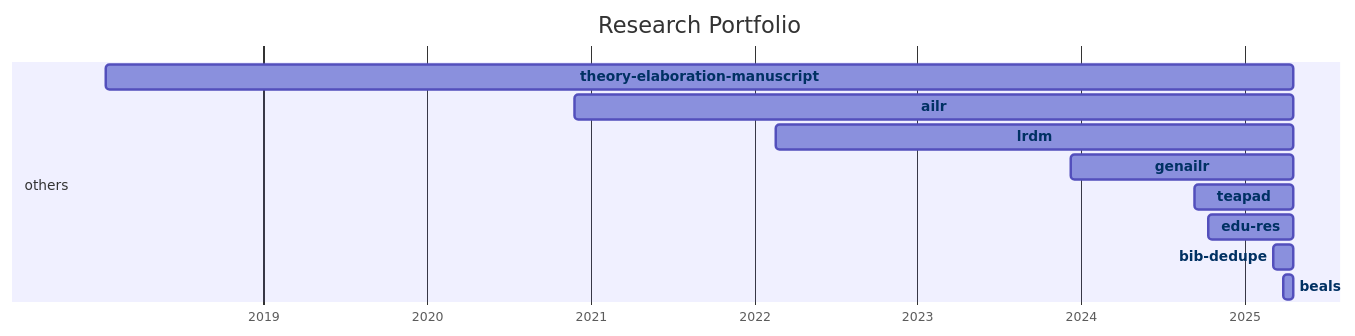
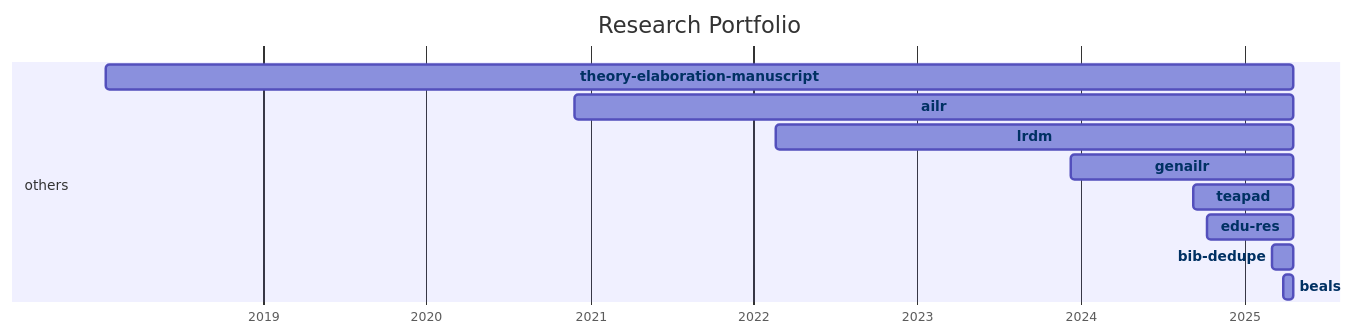
The diagram in docs/20-research/25-projects-gantt.md (digital-work-lab/handbook), drawn with Mermaid before and after one commit.

Commit message:
Update repository overview

````diff
--- a/docs/20-research/25-projects-gantt.md
+++ b/docs/20-research/25-projects-gantt.md
@@ -8,35 +8,35 @@
 ```mermaid
 ---
 displayMode: compact
 ---
 gantt
 title Research Portfolio
 dateFormat YYYY-MM-DD
 axisFormat %Y
 
     section work_practices
 
     section distributed_organizing
 
     section knowledge_synthesis
 
     section others
-        beals :beals, 2025-03-28, 2025-04-19
-        bib-dedupe :bib-dedupe, 2025-03-04, 2025-04-19
-        edu-res :edu-res, 2024-10-10, 2025-04-19
-        teapad :teapad, 2024-09-10, 2025-04-19
-        genailr :genailr, 2023-12-10, 2025-04-19
-        lrdm :lrdm, 2022-02-20, 2025-04-19
-        ailr :ailr, 2020-11-26, 2025-04-19
-        theory-elaboration-manuscript :theory-elaboration-manuscript, 2018-01-15, 2025-04-19
+        beals :beals, 2025-03-28, 2025-04-20
+        bib-dedupe :bib-dedupe, 2025-03-04, 2025-04-20
+        edu-res :edu-res, 2024-10-10, 2025-04-20
+        teapad :teapad, 2024-09-10, 2025-04-20
+        genailr :genailr, 2023-12-10, 2025-04-20
+        lrdm :lrdm, 2022-02-20, 2025-04-20
+        ailr :ailr, 2020-11-26, 2025-04-20
+        theory-elaboration-manuscript :theory-elaboration-manuscript, 2018-01-15, 2025-04-20
 
 
     click beals href "{{ site.baseurl }}/docs/20-research/25-projects/_repos/beals"
     click bib-dedupe href "{{ site.baseurl }}/docs/20-research/25-projects/_repos/bib-dedupe"
     click edu-res href "{{ site.baseurl }}/docs/20-research/25-projects/_repos/edu-res"
     click teapad href "{{ site.baseurl }}/docs/20-research/25-projects/_repos/teapad"
     click genailr href "{{ site.baseurl }}/docs/20-research/25-projects/_repos/genailr"
     click lrdm href "{{ site.baseurl }}/docs/20-research/25-projects/_repos/lrdm"
     click ailr href "{{ site.baseurl }}/docs/20-research/25-projects/_repos/ailr"
     click theory-elaboration-manuscript href "{{ site.baseurl }}/docs/20-research/25-projects/_repos/theory-elaboration-manuscript"
 ```
````
